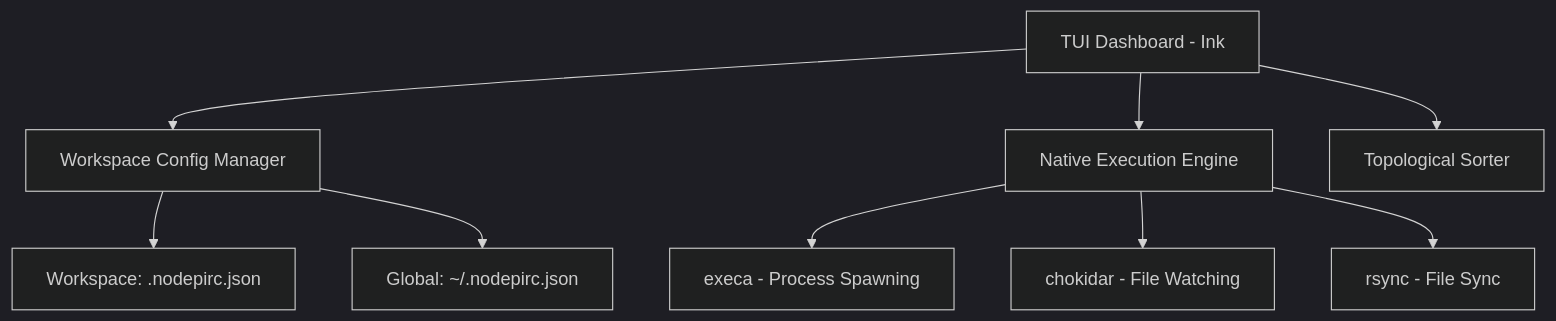
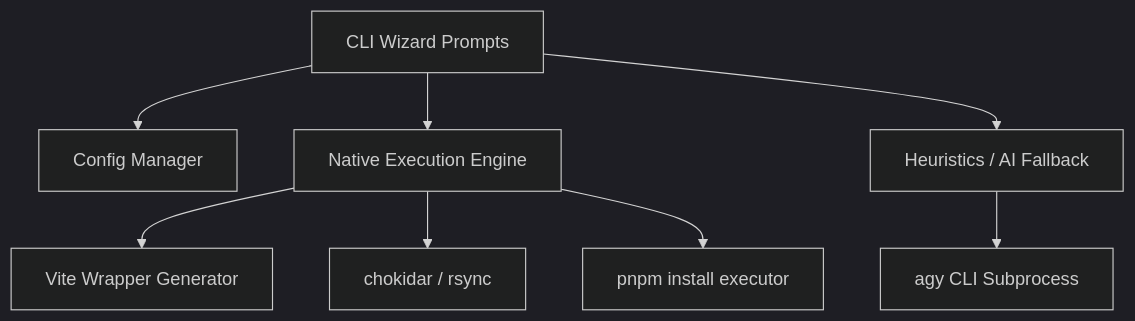
One commit to JorgeRojo/NodePi-tui changed the diagram in DOCS/implementation_plan.md. Above: the diagram before and after it, drawn with Mermaid (dark theme). The commit also changed other lines of this file and 4 other files, not shown here.

````diff
--- a/DOCS/implementation_plan.md
+++ b/DOCS/implementation_plan.md
@@ -61,13 +35,12 @@
 ```mermaid
 graph TD
-    TUI[TUI Dashboard - Ink] --> ConfigMgr[Workspace Config Manager]
-    TUI --> ExecutionEngine[Native Execution Engine]
-    TUI --> DepSorter[Topological Sorter]
+    CLI[CLI Wizard Prompts] --> ConfigMgr[Config Manager]
+    CLI --> ExecutionEngine[Native Execution Engine]
+    CLI --> Heuristics[Heuristics / AI Fallback]
 
-    ConfigMgr --> LocalJSON[Workspace: .nodepirc.json]
-    ConfigMgr --> GlobalJSON[Global: ~/.nodepirc.json]
+    Heuristics --> Agy[agy CLI Subprocess]
 
-    ExecutionEngine --> Execa[execa - Process Spawning]
-    ExecutionEngine --> Chokidar[chokidar - File Watching]
-    ExecutionEngine --> Rsync[rsync - File Sync]
+    ExecutionEngine --> ViteWrapper[Vite Wrapper Generator]
+    ExecutionEngine --> Watchers[chokidar / rsync]
+    ExecutionEngine --> PM[pnpm install executor]
 ```
````
